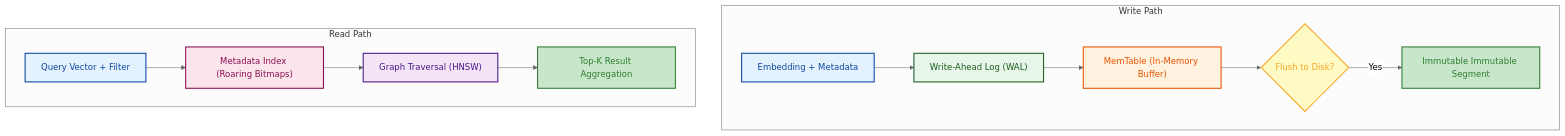
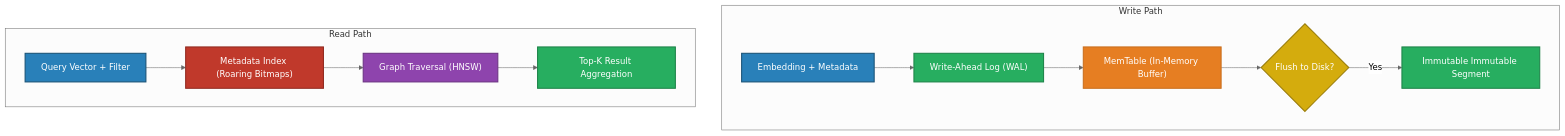
Before and after one commit to GyanendraChaubey/AI-Engineering-Notes: the first of 4 diagrams in docs/05-vector-databases/README.md, drawn with Mermaid (neutral theme). The commit also changed other lines of this file and 15 other files, not shown here.

Commit message:
style: replace all Mermaid diagram colors with saturated palette + white text for dark mode compatibility (321 changes across 16 files)

````diff
--- a/docs/05-vector-databases/README.md
+++ b/docs/05-vector-databases/README.md
@@ -13,24 +13,24 @@
 ```mermaid
 flowchart TD
     subgraph WritePath ["Write Path"]
         A["Embedding + Metadata"] --> B["Write-Ahead Log (WAL)"]
         B --> C["MemTable (In-Memory Buffer)"]
         C --> D{"Flush to Disk?"}
         D -->|Yes| E["Immutable Immutable Segment"]
     end
     
     subgraph ReadPath ["Read Path"]
         F["Query Vector + Filter"] --> G["Metadata Index (Roaring Bitmaps)"]
         G --> H["Graph Traversal (HNSW)"]
         H --> I["Top-K Result Aggregation"]
     end
-    style A fill:#e3f2fd,stroke:#0d47a1,stroke-width:2px,color:#0d47a1
-    style B fill:#e8f5e9,stroke:#1b5e20,stroke-width:2px,color:#1b5e20
-    style C fill:#fff3e0,stroke:#e65100,stroke-width:2px,color:#e65100
-    style D fill:#fff9c4,stroke:#f9a825,stroke-width:2px,color:#f9a825
-    style E fill:#c8e6c9,stroke:#2e7d32,stroke-width:2px,color:#2e7d32
-    style F fill:#e3f2fd,stroke:#0d47a1,stroke-width:2px,color:#0d47a1
-    style G fill:#fce4ec,stroke:#880e4f,stroke-width:2px,color:#880e4f
-    style H fill:#f3e5f5,stroke:#4a148c,stroke-width:2px,color:#4a148c
-    style I fill:#c8e6c9,stroke:#2e7d32,stroke-width:2px,color:#2e7d32
+    style A fill:#2980B9,stroke:#1A5276,stroke-width:2px,color:#FFFFFF
+    style B fill:#27AE60,stroke:#1E8449,stroke-width:2px,color:#FFFFFF
+    style C fill:#E67E22,stroke:#CA6F1E,stroke-width:2px,color:#FFFFFF
+    style D fill:#D4AC0D,stroke:#9A7D0A,stroke-width:2px,color:#FFFFFF
+    style E fill:#27AE60,stroke:#1E8449,stroke-width:2px,color:#FFFFFF
+    style F fill:#2980B9,stroke:#1A5276,stroke-width:2px,color:#FFFFFF
+    style G fill:#C0392B,stroke:#922B21,stroke-width:2px,color:#FFFFFF
+    style H fill:#8E44AD,stroke:#6C3483,stroke-width:2px,color:#FFFFFF
+    style I fill:#27AE60,stroke:#1E8449,stroke-width:2px,color:#FFFFFF
 ```
````
